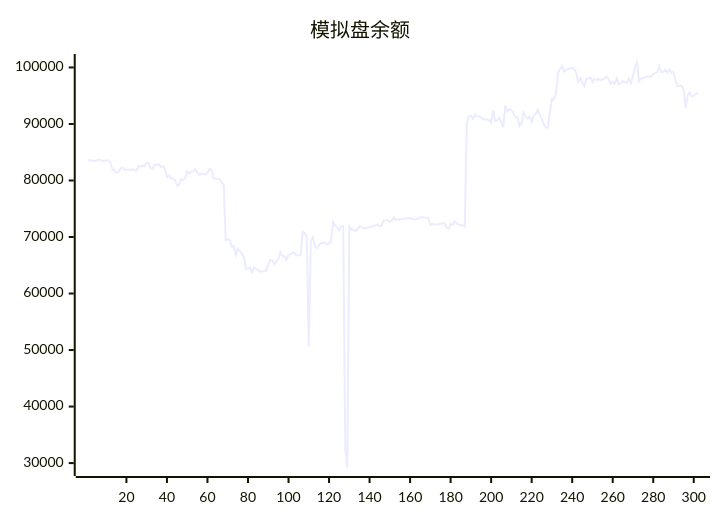
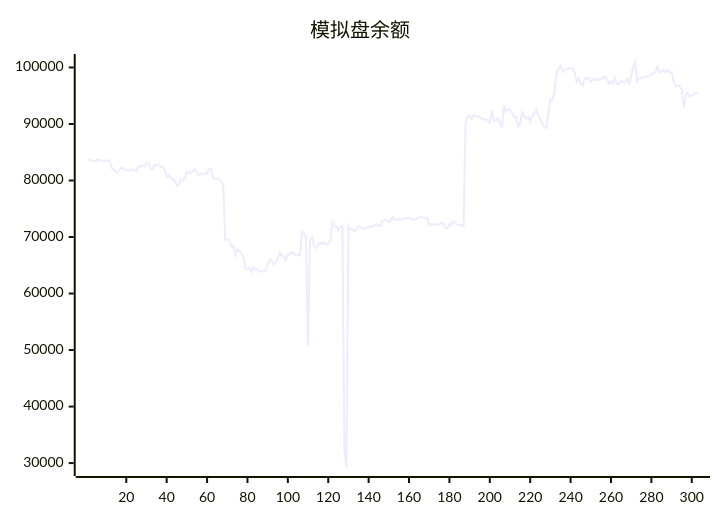
The diagram in README.md (aahl/ai-trading), drawn with Mermaid before and after one commit. The commit also changed other lines of this file and 1 other file, not shown here.

````diff
--- a/README.md
+++ b/README.md
@@ -5,5 +5,5 @@
 ```mermaid
 xychart
     title "模拟盘余额"
-    line [83606,83602,83548,83440,83454,83724,83644,83464,83365,83590,83592,83275,82072,81806,81344,81492,82109,82254,82006,81848,81955,81829,82022,81769,81776,82522,82441,82656,82498,83144,83144,82150,82038,82797,82763,82872,82367,82536,81981,80612,80862,80484,80242,80034,79063,79245,80226,80016,80507,81625,81233,81544,81578,82016,81401,81019,81186,81130,81118,81306,82066,81909,80392,80304,80291,80258,79729,79261,69466,69579,69456,68251,68415,66832,67911,67462,67144,66432,64380,64375,64606,63740,64647,64324,64216,63842,63877,64078,64008,65156,65945,65888,65157,65625,66144,67284,66653,66639,65924,66925,66956,67263,67108,66766,66729,66886,70927,70673,70049,50652,69334,69973,68400,68061,68578,68876,68879,69055,68662,68822,69329,72687,71999,71760,71162,71911,71896,32500,29218,71927,71297,71305,71044,71337,71883,71822,71536,71536,71622,71723,71880,71860,72100,72216,71887,72077,72940,72976,72966,72638,72948,73497,73004,73041,73173,73160,73186,73258,73375,73351,73173,73098,73161,73305,73474,73536,73457,73413,73412,72100,72333,72164,72272,72204,72285,72461,72421,71652,71521,72267,72157,72774,72424,72144,72060,72091,71858,90185,91338,91466,90900,91678,91404,91268,91244,90903,90779,90787,90721,90187,92429,90518,90619,91070,90328,89376,93286,92202,92581,92485,91947,91196,91259,89619,90086,92063,91355,90950,91327,90373,91498,91800,92531,91603,90910,90031,89351,89334,92097,94406,94315,95455,98972,99763,100286,99229,99622,99701,99805,99938,99738,99082,97430,98094,97267,96741,98081,98013,98194,97447,97983,97789,97969,97729,97911,98043,98405,97912,97120,97448,97154,98095,97021,97190,97616,97402,97263,98035,97210,98424,100120,100876,97552,98049,98085,98228,98388,98342,98488,98750,99086,99181,100188,99107,99272,99553,99072,99636,99061,99186,97674,96679,96704,96743,96096,92830,95088,95560,94866,94995,95295,95497]
+    line [83606,83602,83548,83440,83454,83724,83644,83464,83365,83590,83592,83275,82072,81806,81344,81492,82109,82254,82006,81848,81955,81829,82022,81769,81776,82522,82441,82656,82498,83144,83144,82150,82038,82797,82763,82872,82367,82536,81981,80612,80862,80484,80242,80034,79063,79245,80226,80016,80507,81625,81233,81544,81578,82016,81401,81019,81186,81130,81118,81306,82066,81909,80392,80304,80291,80258,79729,79261,69466,69579,69456,68251,68415,66832,67911,67462,67144,66432,64380,64375,64606,63740,64647,64324,64216,63842,63877,64078,64008,65156,65945,65888,65157,65625,66144,67284,66653,66639,65924,66925,66956,67263,67108,66766,66729,66886,70927,70673,70049,50652,69334,69973,68400,68061,68578,68876,68879,69055,68662,68822,69329,72687,71999,71760,71162,71911,71896,32500,29218,71927,71297,71305,71044,71337,71883,71822,71536,71536,71622,71723,71880,71860,72100,72216,71887,72077,72940,72976,72966,72638,72948,73497,73004,73041,73173,73160,73186,73258,73375,73351,73173,73098,73161,73305,73474,73536,73457,73413,73412,72100,72333,72164,72272,72204,72285,72461,72421,71652,71521,72267,72157,72774,72424,72144,72060,72091,71858,90185,91338,91466,90900,91678,91404,91268,91244,90903,90779,90787,90721,90187,92429,90518,90619,91070,90328,89376,93286,92202,92581,92485,91947,91196,91259,89619,90086,92063,91355,90950,91327,90373,91498,91800,92531,91603,90910,90031,89351,89334,92097,94406,94315,95455,98972,99763,100286,99229,99622,99701,99805,99938,99738,99082,97430,98094,97267,96741,98081,98013,98194,97447,97983,97789,97969,97729,97911,98043,98405,97912,97120,97448,97154,98095,97021,97190,97616,97402,97263,98035,97210,98424,100120,100876,97552,98049,98085,98228,98388,98342,98488,98750,99086,99181,100188,99107,99272,99553,99072,99636,99061,99186,97674,96679,96704,96743,96096,92830,95088,95560,94866,94995,95295,95497,95531]
 ```
````
